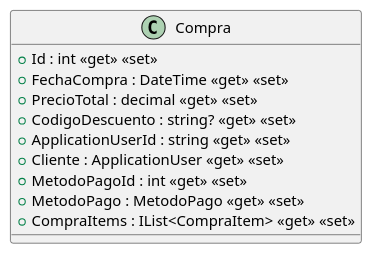
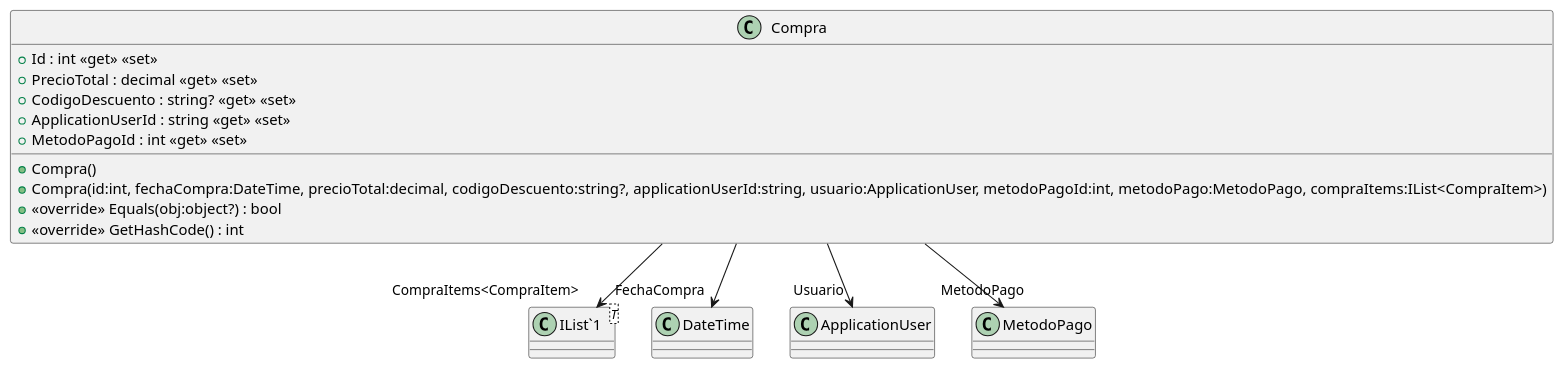
The diagram in src/AppForSEII.API/ClassDiagram/Compra.puml (ISII2627JRJ/ISII2627JRJ), drawn with PlantUML before and after one commit. The commit also changed 11 other files, not shown here.

```diff
--- a/src/AppForSEII.API/ClassDiagram/Compra.puml
+++ b/src/AppForSEII.API/ClassDiagram/Compra.puml
@@ -1,13 +1,19 @@
 @startuml
 class Compra {
+    + Compra()
+    + Compra(id:int, fechaCompra:DateTime, precioTotal:decimal, codigoDescuento:string?, applicationUserId:string, usuario:ApplicationUser, metodoPagoId:int, metodoPago:MetodoPago, compraItems:IList<CompraItem>)
+    + <<override>> Equals(obj:object?) : bool
+    + <<override>> GetHashCode() : int
     + Id : int <<get>> <<set>>
-    + FechaCompra : DateTime <<get>> <<set>>
     + PrecioTotal : decimal <<get>> <<set>>
     + CodigoDescuento : string? <<get>> <<set>>
     + ApplicationUserId : string <<get>> <<set>>
-    + Cliente : ApplicationUser <<get>> <<set>>
     + MetodoPagoId : int <<get>> <<set>>
-    + MetodoPago : MetodoPago <<get>> <<set>>
-    + CompraItems : IList<CompraItem> <<get>> <<set>>
 }
+class "IList`1"<T> {
+}
+Compra --> "FechaCompra" DateTime
+Compra --> "Usuario" ApplicationUser
+Compra --> "MetodoPago" MetodoPago
+Compra --> "CompraItems<CompraItem>" "IList`1"
 @enduml
```
